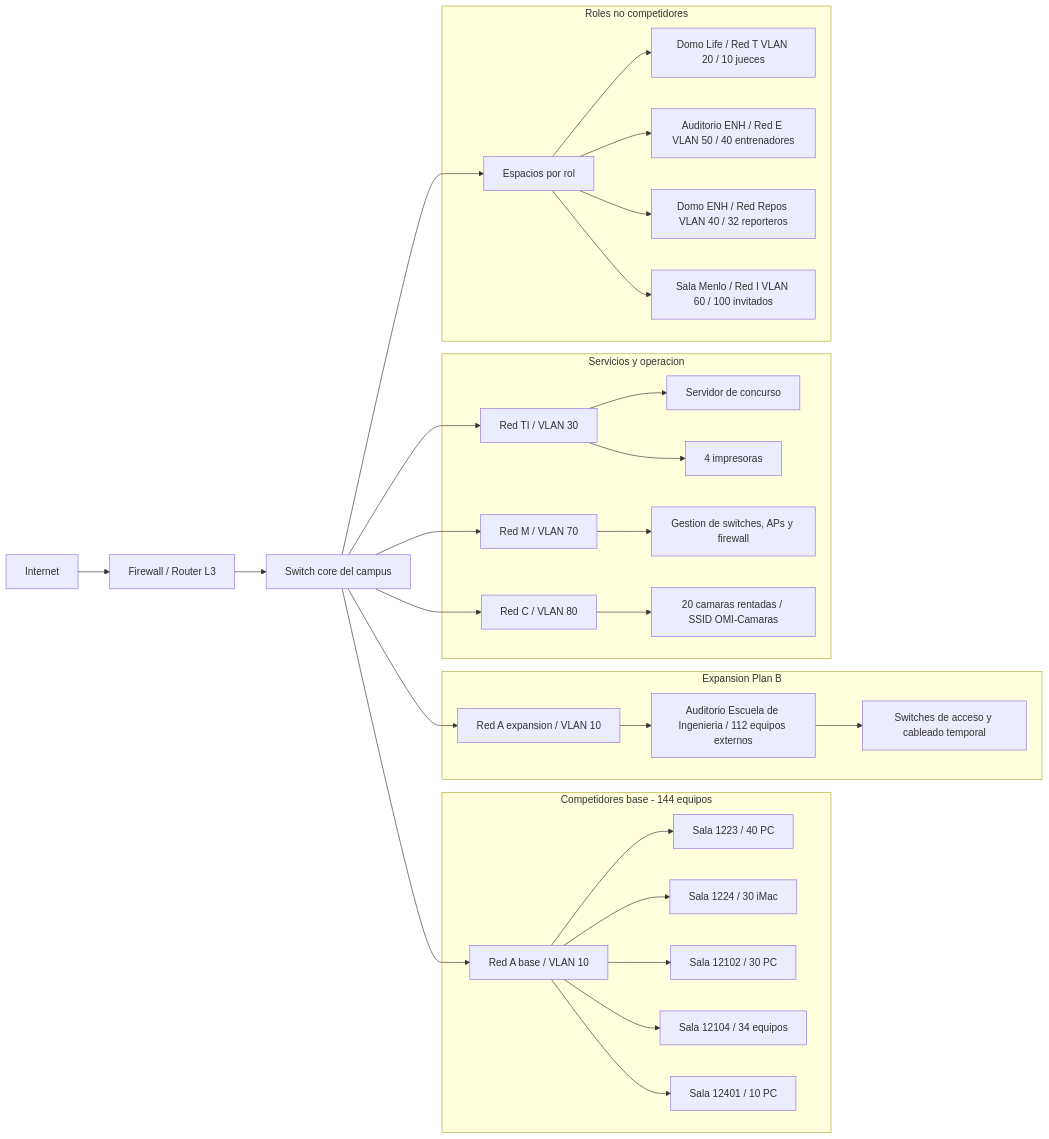
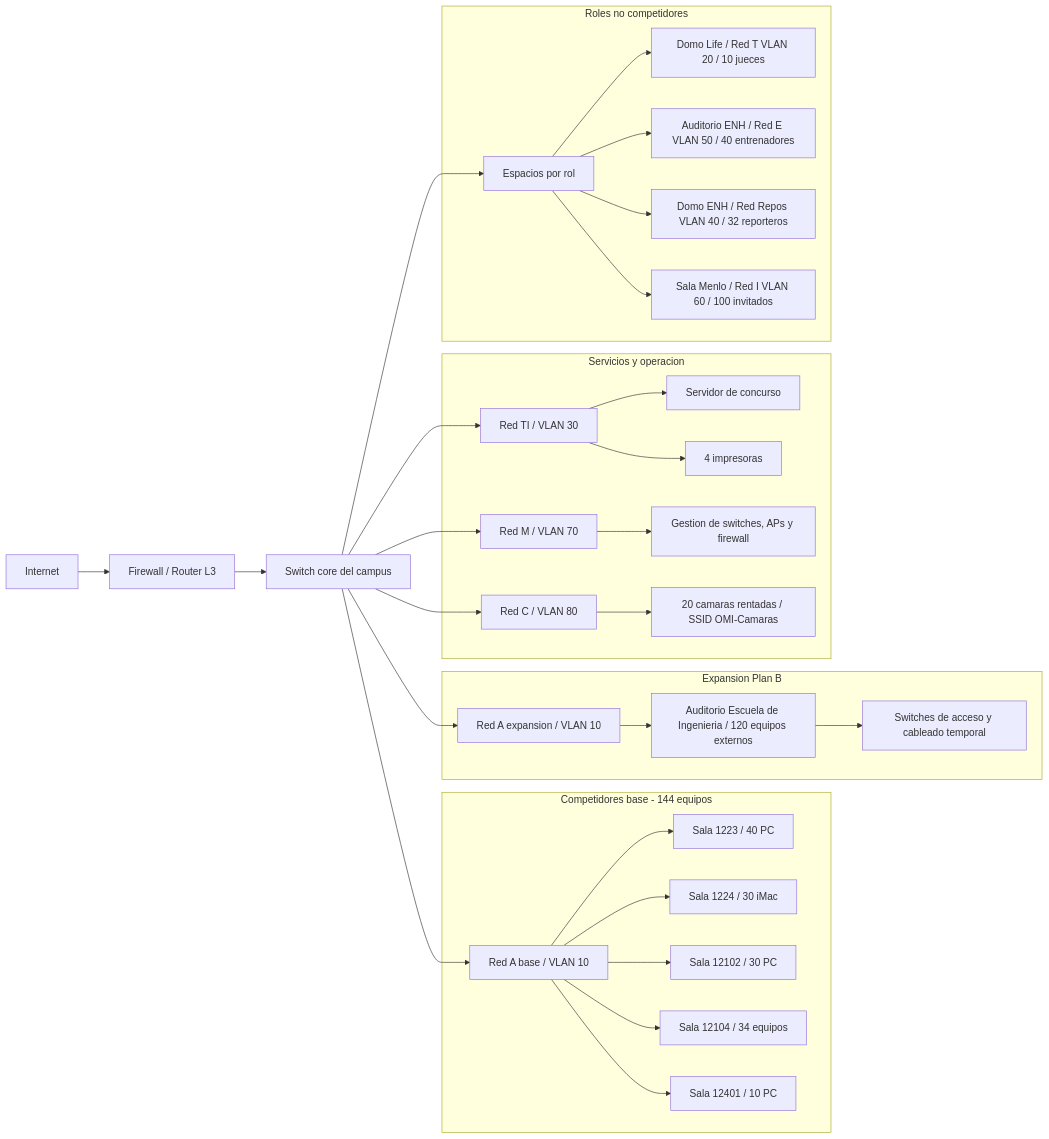
The second of 2 diagrams in docs/entregables/ActReto01-bosquejos-red.md (Alanzphy/networking_project), drawn with Mermaid before and after one commit. The commit also changed other lines of this file and 1 other file, not shown here.

Commit message:
feat: Update external equipment capacity to 120 for both Plan A and Plan B in network infrastructure documentation

````diff
--- a/docs/entregables/ActReto01-bosquejos-red.md
+++ b/docs/entregables/ActReto01-bosquejos-red.md
@@ -49,39 +49,39 @@
 ```mermaid
 flowchart LR
     internet[Internet] --> firewall[Firewall / Router L3]
     firewall --> core[Switch core del campus]
 
     core --> redABase[Red A base / VLAN 10]
     core --> redAExpansion[Red A expansion / VLAN 10]
     core --> roles[Espacios por rol]
     core --> redTI[Red TI / VLAN 30]
     core --> redM[Red M / VLAN 70]
     core --> redC[Red C / VLAN 80]
 
     subgraph base["Competidores base - 144 equipos"]
         redABase --> s1223[Sala 1223 / 40 PC]
         redABase --> s1224[Sala 1224 / 30 iMac]
         redABase --> s12102[Sala 12102 / 30 PC]
         redABase --> s12104[Sala 12104 / 34 equipos]
         redABase --> s12401[Sala 12401 / 10 PC]
     end
 
     subgraph expansionB["Expansion Plan B"]
-        redAExpansion --> audIng[Auditorio Escuela de Ingenieria / 112 equipos externos]
+        redAExpansion --> audIng[Auditorio Escuela de Ingenieria / 120 equipos externos]
         audIng --> swAud[Switches de acceso y cableado temporal]
     end
 
     subgraph servicios["Servicios y operacion"]
         redTI --> servidor[Servidor de concurso]
         redTI --> impresoras[4 impresoras]
         redM --> gestion[Gestion de switches, APs y firewall]
         redC --> camaras[20 camaras rentadas / SSID OMI-Camaras]
     end
 
     subgraph espacios["Roles no competidores"]
         roles --> jueces[Domo Life / Red T VLAN 20 / 10 jueces]
         roles --> entrenadores[Auditorio ENH / Red E VLAN 50 / 40 entrenadores]
         roles --> reporteros[Domo ENH / Red Repos VLAN 40 / 32 reporteros]
         roles --> invitados[Sala Menlo / Red I VLAN 60 / 100 invitados]
     end
 ```
````
